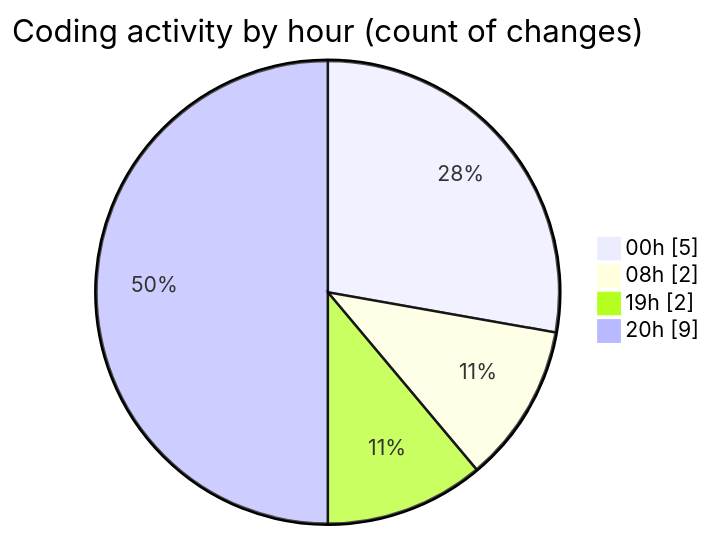
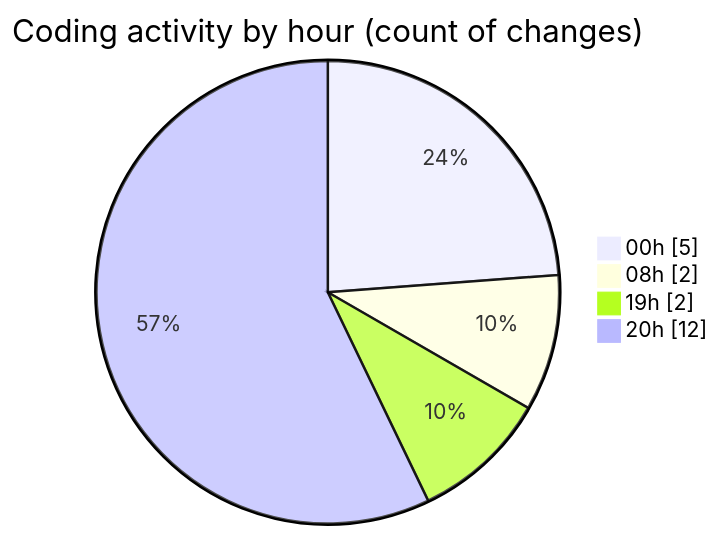
The second of 2 diagrams in 2025-04-01/product-detail-page/README.md (Elitesun/code-tracking), drawn with Mermaid before and after one commit. The commit also changed other lines of this file and 1 other file, not shown here.

````diff
--- a/2025-04-01/product-detail-page/README.md
+++ b/2025-04-01/product-detail-page/README.md
@@ -35,8 +35,8 @@
 ```mermaid
 pie showData
 title Coding activity by hour (count of changes)
 "00h" : 5
 "08h" : 2
 "19h" : 2
-"20h" : 9
+"20h" : 12
 ```
````
